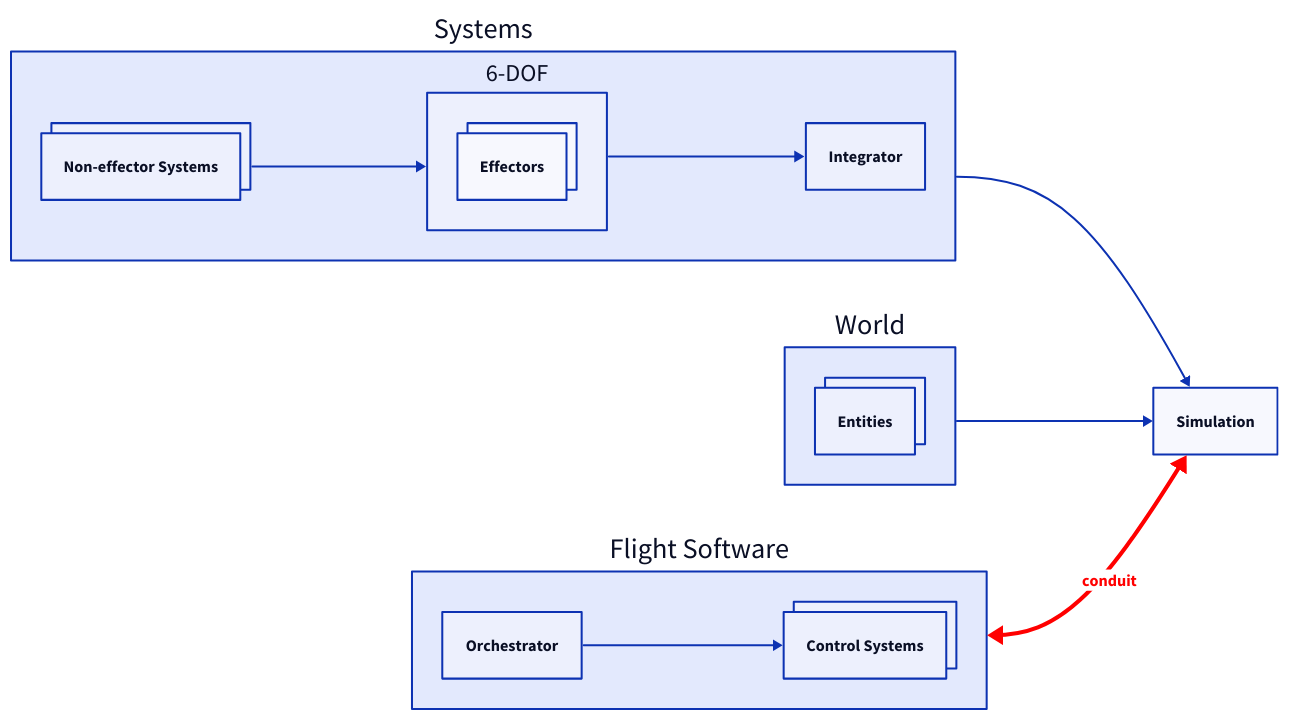
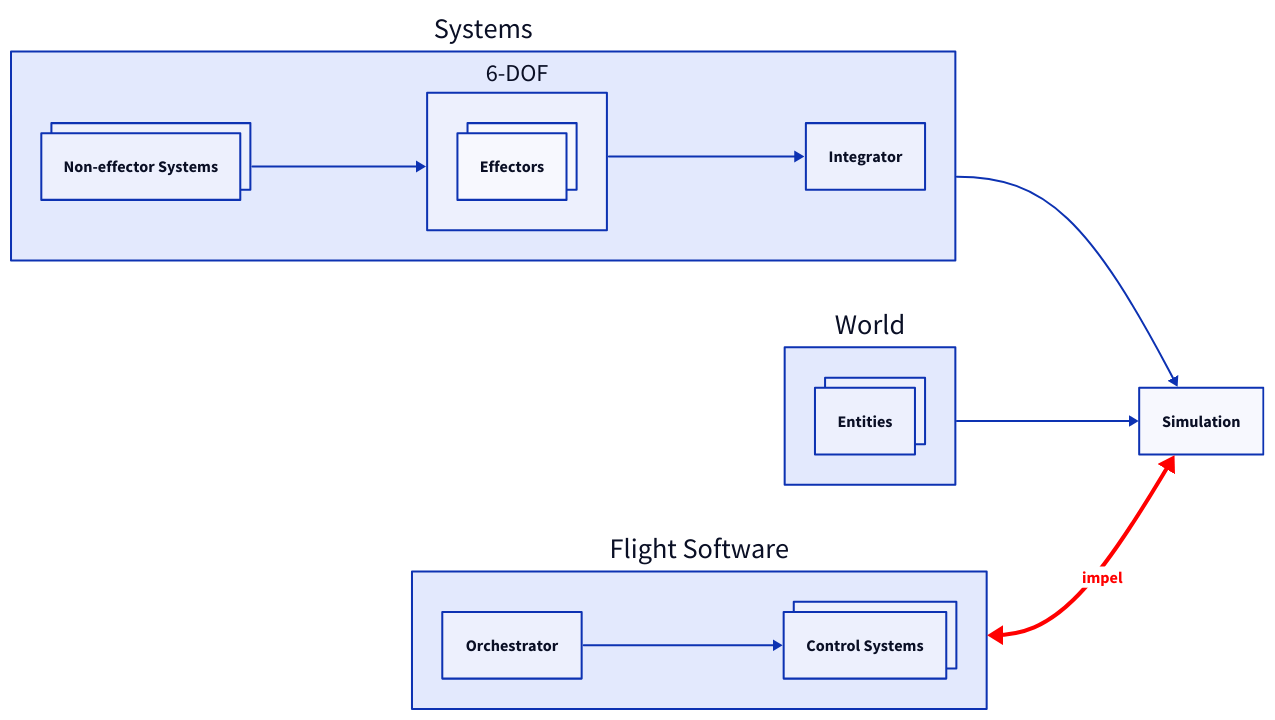
The diagram in docs/public/reference/architecture.d2 (elodin-sys/elodin), drawn with D2 before and after one commit. The commit also changed 116 other files, not shown here.

```diff
--- a/docs/public/reference/architecture.d2
+++ b/docs/public/reference/architecture.d2
@@ -1,42 +1,42 @@
 direction: right
 
 fsw: Flight Software {
   orchestrator: Orchestrator
   control_systems: Control Systems {
     style.multiple: true
   }
   orchestrator -> control_systems
 }
 
 systems: Systems {
   ne_systems: Non-effector Systems {
     style.multiple: true
   }
   6dof: 6-DOF {
     effectors: Effectors {
       style.multiple: true
     }
   }
   integrator: Integrator
   ne_systems -> 6dof -> integrator
 }
 
 world: World {
   entities: Entities {
     style.multiple: true
   }
 }
 
 simulation: Simulation
 
 systems -> simulation
 world -> simulation
 
-fsw <-> simulation: conduit {
+fsw <-> simulation: impel {
   style {
     stroke: red
     font-color: red
     bold: true
     stroke-width: 4
   }
 }
```
